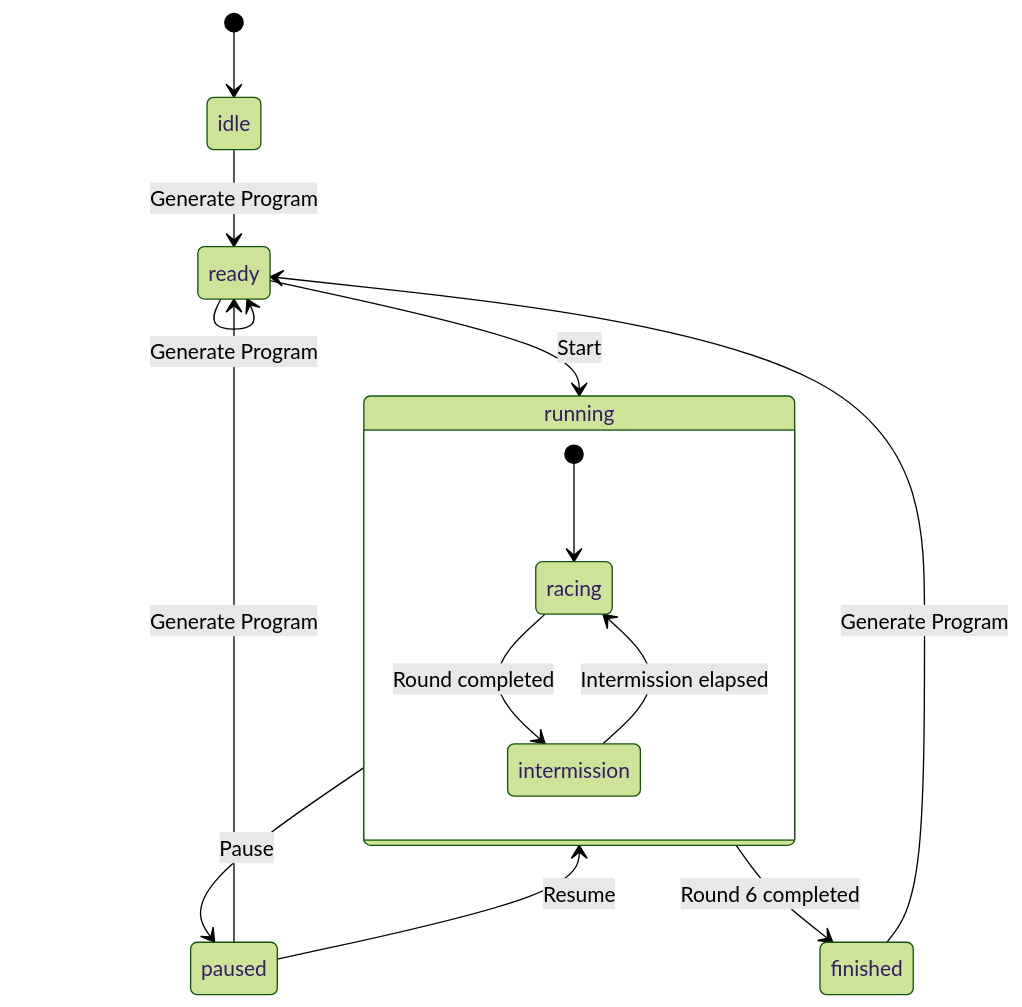
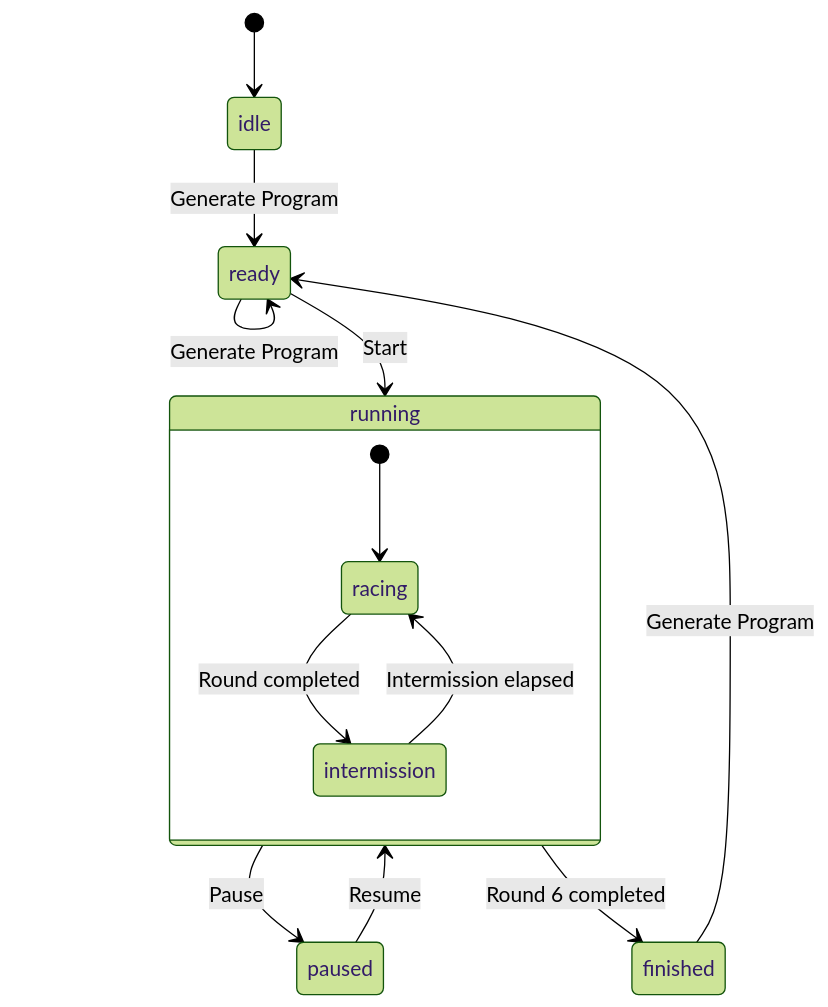
Before and after one commit to phosimurg/horse-racing-game: the second of 2 diagrams in docs/specs/design.md, drawn with Mermaid (forest theme). The commit also changed other lines of this file and 4 other files, not shown here.

````diff
--- a/docs/specs/design.md
+++ b/docs/specs/design.md
@@ -305,17 +306,16 @@
 ```mermaid
 stateDiagram-v2
     [*] --> idle
     idle --> ready: Generate Program
     ready --> ready: Generate Program
     ready --> running: Start
     running --> paused: Pause
     paused --> running: Resume
-    paused --> ready: Generate Program
     running --> finished: Round 6 completed
     finished --> ready: Generate Program
     state running {
         [*] --> racing
         racing --> intermission: Round completed
         intermission --> racing: Intermission elapsed
     }
 ```
````
